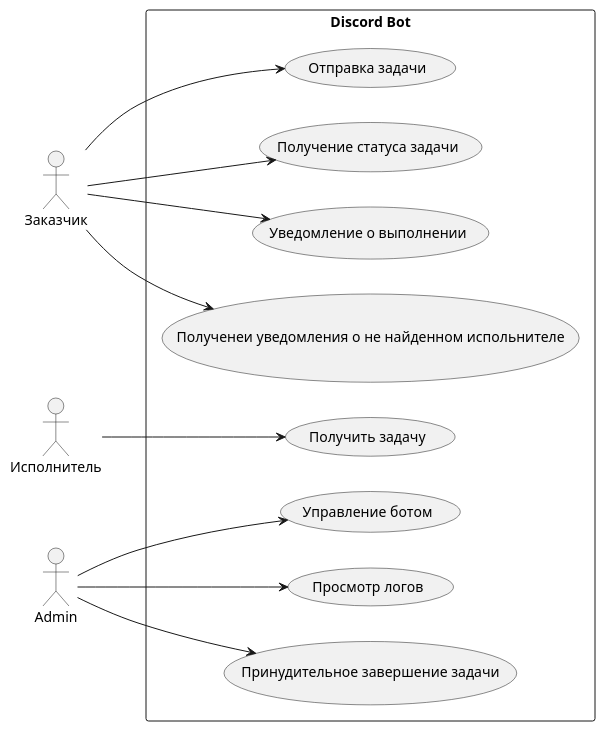
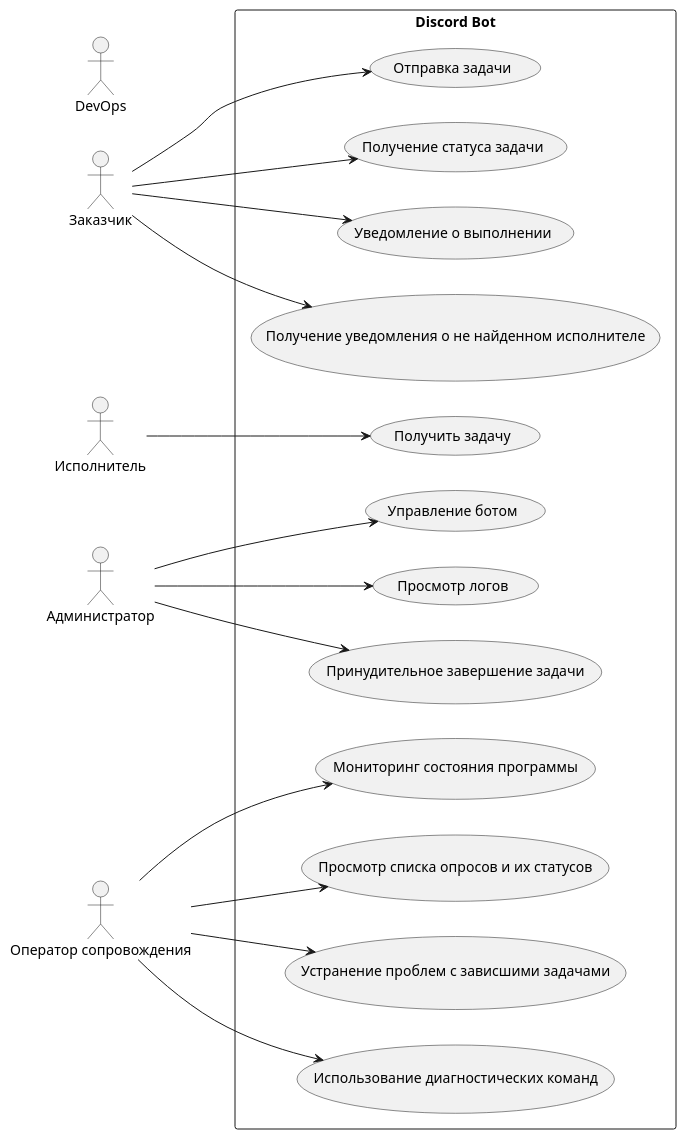
Before and after one commit to ViktorDubov/MSDISSceletonBot: the diagram in Docs/UseCase/UseCaseDiagram.plantuml, drawn with PlantUML. The commit also changed 2 other files, not shown here.

```diff
--- a/Docs/UseCase/UseCaseDiagram.plantuml
+++ b/Docs/UseCase/UseCaseDiagram.plantuml
@@ -1,37 +1,50 @@
 @startuml UseCaseDiagram
 
 left to right direction
 skinparam packageStyle rectangle
 
 actor "Заказчик" as Requester
 actor "Исполнитель" as Executor
-  ' actor "Администратор" as Admin
+actor "Администратор" as Admin
+actor "DevOps" as DevOps
+actor "Оператор сопровождения" as SupportOperator
 
 package "Discord Bot" {
   ' прецеденты заказчика
   usecase "Отправка задачи" as UC1
   usecase "Получение статуса задачи" as UC2
   usecase "Уведомление о выполнении" as UC3
-  usecase "Полученеи уведомления о не найденном испольнителе" as UC4
+  usecase "Получение уведомления о не найденном исполнителе" as UC4
 
   ' прецеденты исполнителя
   usecase "Получить задачу" as UC5
 
   ' прецеденты администратора
   usecase "Управление ботом" as UC6
   usecase "Просмотр логов" as UC7
   usecase "Принудительное завершение задачи" as UC8
+  
+  ' прецеденты оператора сопровождения
+  usecase "Мониторинг состояния программы" as UC9
+  usecase "Просмотр списка опросов и их статусов" as UC10
+  usecase "Устранение проблем с зависшими задачами" as UC11
+  usecase "Использование диагностических команд" as UC12
 }
 
 Requester --> UC1
 Requester --> UC2
 Requester --> UC3
 Requester --> UC4
 
 Executor --> UC5
 
 Admin --> UC6
 Admin --> UC7
 Admin --> UC8
 
+SupportOperator --> UC9
+SupportOperator --> UC10
+SupportOperator --> UC11
+SupportOperator --> UC12
+
 @enduml
```
